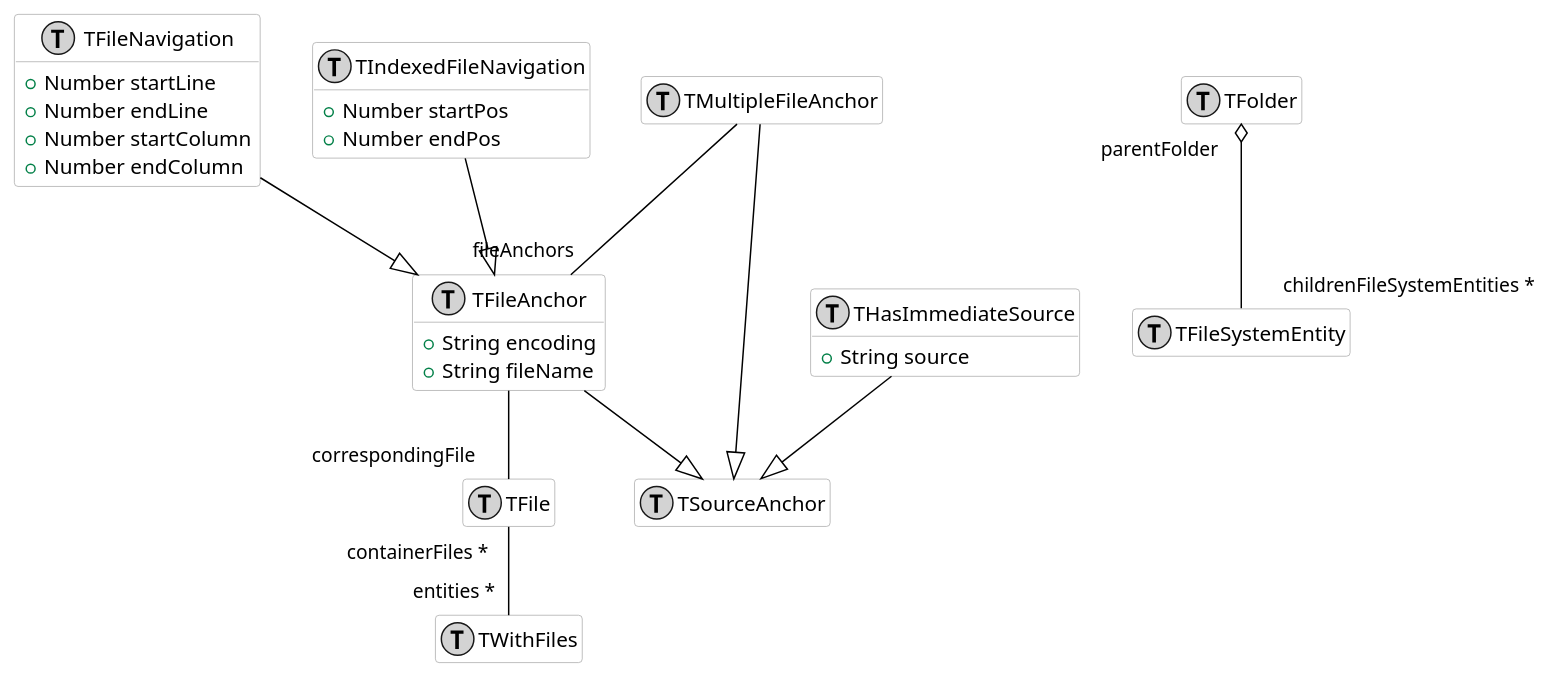
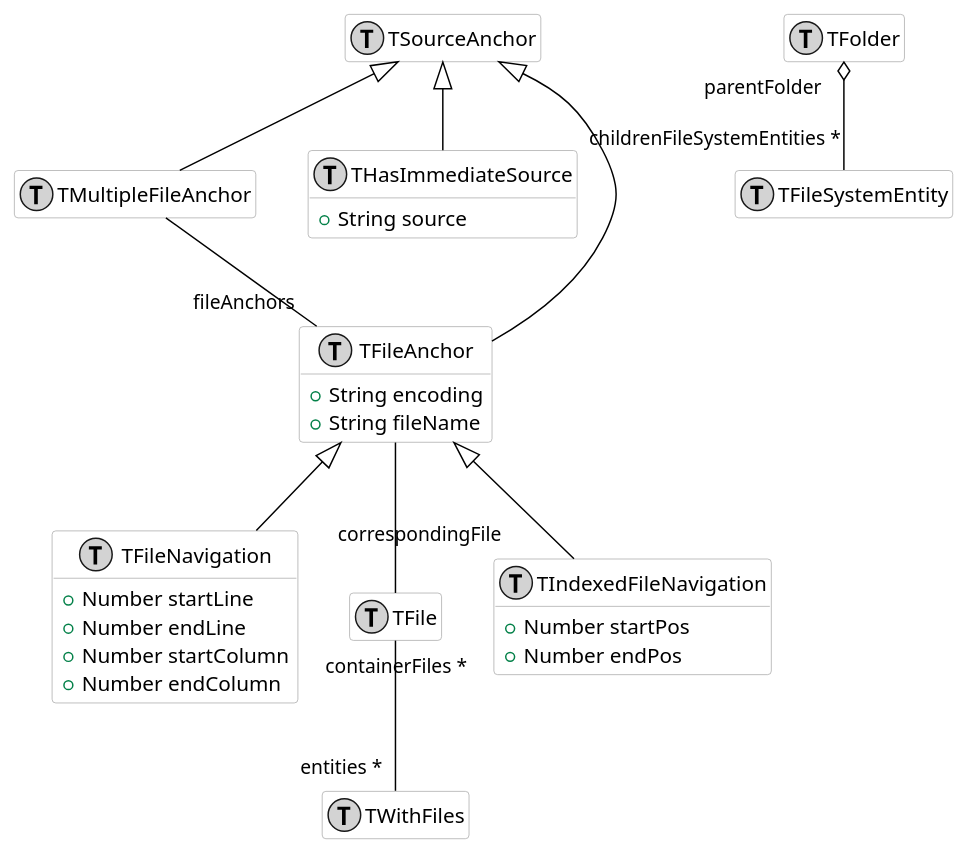
Before and after one commit to moosetechnology/moose-wiki: the diagram in Developers/Diagrams/anchor.puml, drawn with PlantUML. The commit also changed 4 other files, not shown here.

Commit message:
correcting UML diagrams

```diff
--- a/Developers/Diagrams/anchor.puml
+++ b/Developers/Diagrams/anchor.puml
@@ -1,60 +1,60 @@
 @startuml
 hide empty members
 
 skinparam class {
   BackgroundColor white
   ArrowColor black
   BorderColor darkGray
 }
 
 class behavior1 as "TFileNavigation" << (T,lightGrey) >> {
 	+ Number startLine
 	+ Number endLine
 	+ Number startColumn
 	+ Number endColumn
 }
 
 class behavior2 as "TFile" << (T,lightGrey) >> {
 }
 
 class behavior3 as "TIndexedFileNavigation" << (T,lightGrey) >> {
 	+ Number startPos
 	+ Number endPos
 }
 
 class behavior4 as "TFileSystemEntity" << (T,lightGrey) >> {
 }
 
 class behavior5 as "TSourceAnchor" << (T,lightGrey) >> {
 }
 
 class behavior6 as "TMultipleFileAnchor" << (T,lightGrey) >> {
 }
 
 class behavior7 as "THasImmediateSource" << (T,lightGrey) >> {
 	+ String source
 }
 
 class behavior8 as "TFileAnchor" << (T,lightGrey) >> {
 	+ String encoding
 	+ String fileName
 }
 
 class behavior9 as "TWithFiles" << (T,lightGrey) >> {
 }
 
 class behavior10 as "TFolder" << (T,lightGrey) >> {
 }
 
-behavior1 -[#black]-|> behavior8
-behavior3 -[#black]-|> behavior8
-behavior6 -[#black]-|> behavior5
-behavior7 -[#black]-|> behavior5
-behavior8 -[#black]-|> behavior5
+behavior8 <|-[#black]- behavior1
+behavior8 <|-[#black]- behavior3
+behavior5 <|-[#black]- behavior6
+behavior5 <|-[#black]- behavior7
+behavior5 <|-[#black]- behavior8
 
 behavior6 -[#black]- "fileAnchors" behavior8
 behavior10 "parentFolder " o-[#black]- "childrenFileSystemEntities *" behavior4
 behavior2 "containerFiles *" -[#black]- "entities *" behavior9
 behavior8 -[#black]- "correspondingFile " behavior2
 
 @enduml
```
